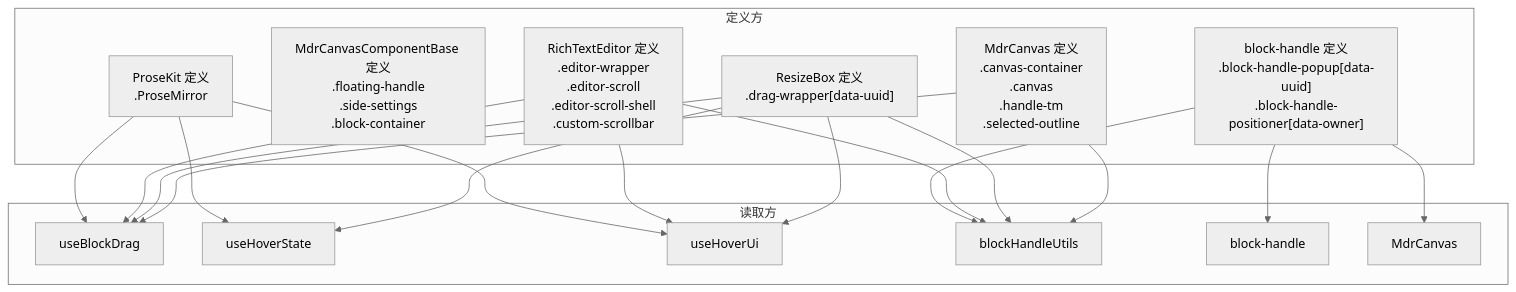
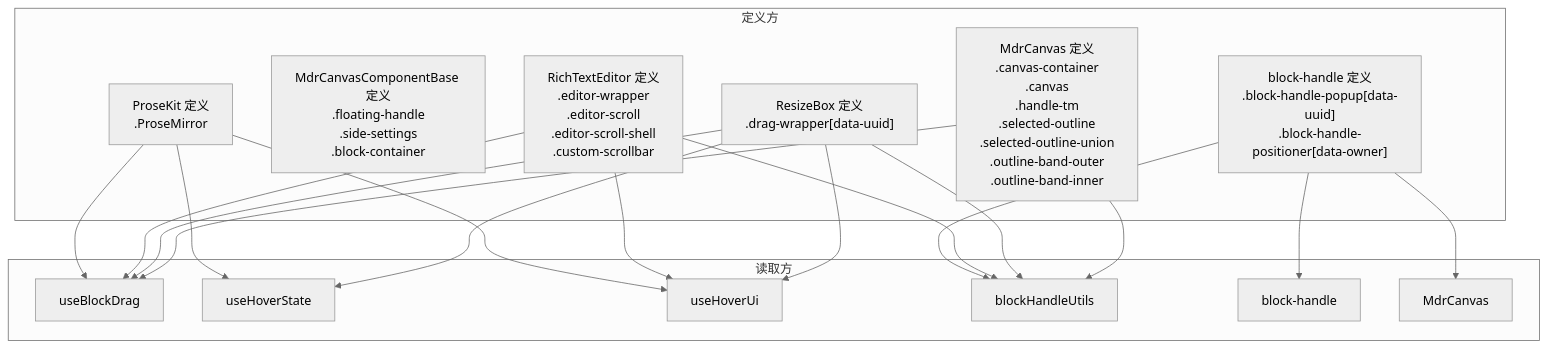
The third of 3 diagrams in src/docs/flow/02-contracts.md (LogicAurora/Mindrizzle), drawn with Mermaid (neutral theme) before and after one commit. The commit also changed other lines of this file and 11 other files, not shown here.

````diff
--- a/src/docs/flow/02-contracts.md
+++ b/src/docs/flow/02-contracts.md
@@ -86,36 +86,36 @@
 ```mermaid
 flowchart TB
   subgraph 定义方
-    MC["MdrCanvas 定义<br/>.canvas-container<br/>.canvas<br/>.handle-tm<br/>.selected-outline"]
+    MC["MdrCanvas 定义<br/>.canvas-container<br/>.canvas<br/>.handle-tm<br/>.selected-outline<br/>.selected-outline-union<br/>.outline-band-outer<br/>.outline-band-inner"]
     MCB["MdrCanvasComponentBase 定义<br/>.floating-handle<br/>.side-settings<br/>.block-container"]
     RB["ResizeBox 定义<br/>.drag-wrapper[data-uuid]"]
     RTE["RichTextEditor 定义<br/>.editor-wrapper<br/>.editor-scroll<br/>.editor-scroll-shell<br/>.custom-scrollbar"]
     PK["ProseKit 定义<br/>.ProseMirror"]
     BH["block-handle 定义<br/>.block-handle-popup[data-uuid]<br/>.block-handle-positioner[data-owner]"]
   end
 
   subgraph 读取方
     UBD["useBlockDrag"]
     UHS["useHoverState"]
     UHU["useHoverUi"]
     BHU["blockHandleUtils"]
     BH2["block-handle"]
     MC2["MdrCanvas"]
   end
 
   MC --> UBD
   MC --> BHU
   RB --> UBD
   RB --> UHS
   RB --> UHU
   RB --> BHU
   RTE --> UBD
   RTE --> UHU
   RTE --> BHU
   PK --> UBD
   PK --> UHS
   PK --> UHU
   BH --> BHU
   BH --> BH2
   BH --> MC2
 ```
````
